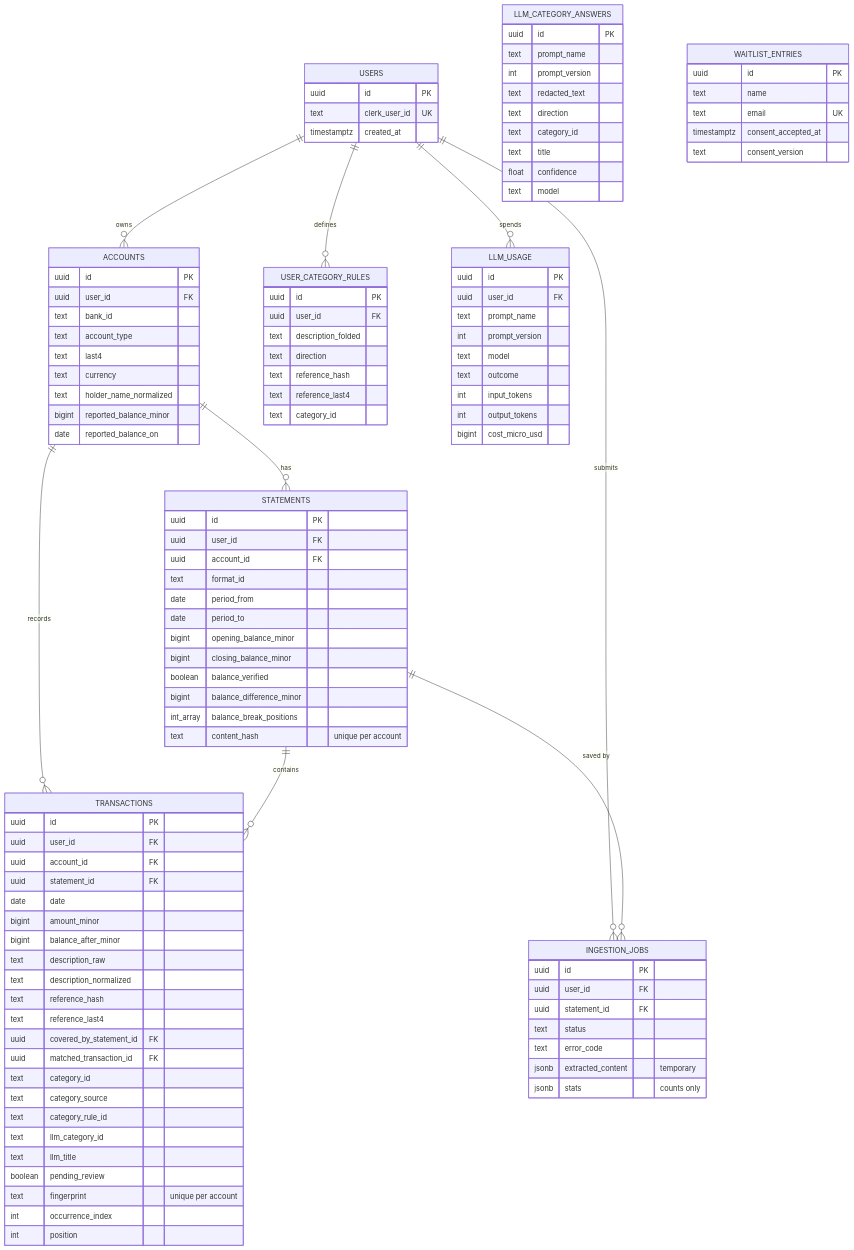
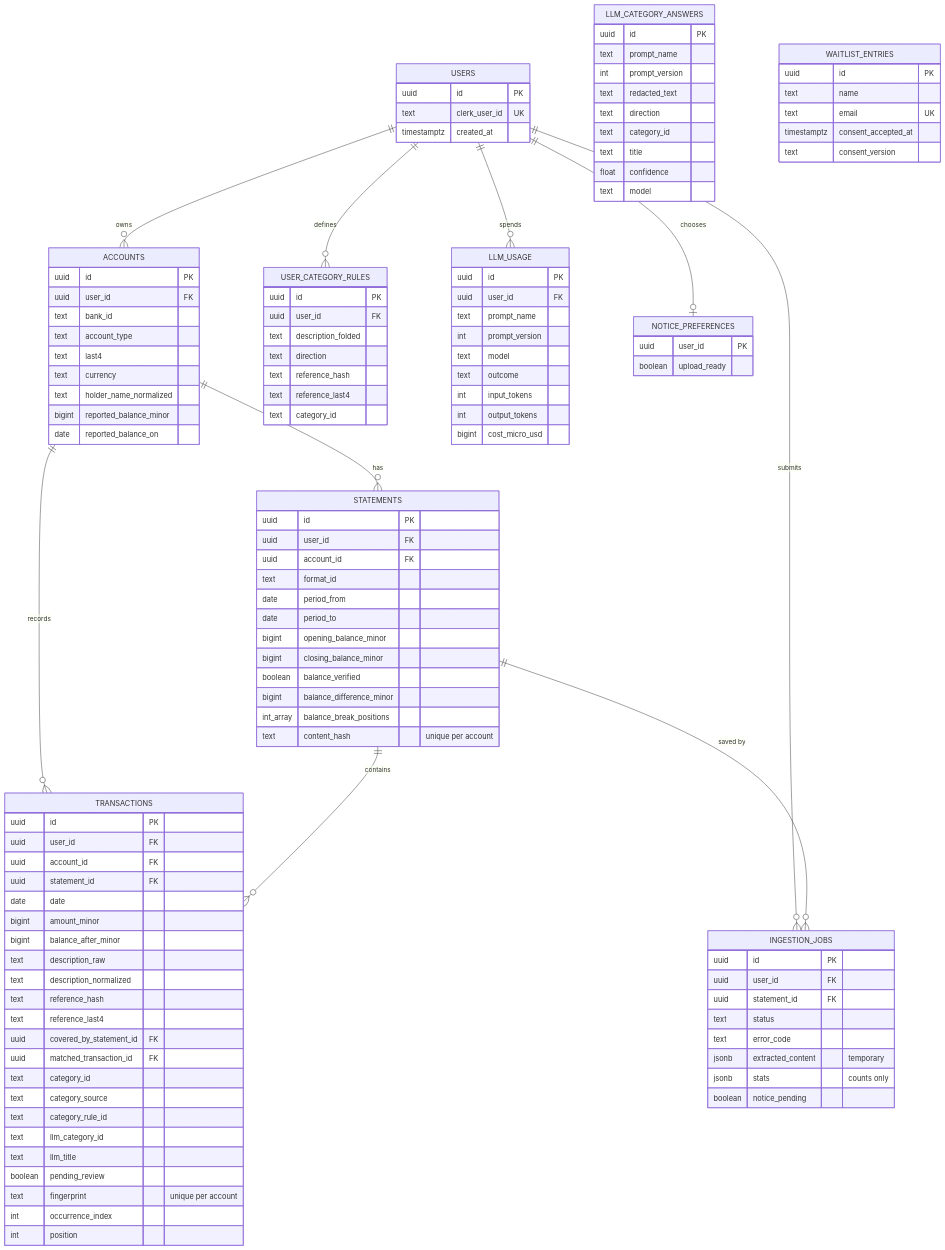
The third of 7 diagrams in docs/ARCHITECTURE.md (ingcarlostello/xtrakto), drawn with Mermaid before and after one commit. The commit also changed other lines of this file and 7 other files, not shown here.

```diff
--- a/docs/ARCHITECTURE.md
+++ b/docs/ARCHITECTURE.md
@@ -181,6 +188,7 @@
     USERS ||--o{ INGESTION_JOBS : submits
     USERS ||--o{ USER_CATEGORY_RULES : defines
     USERS ||--o{ LLM_USAGE : spends
+    USERS ||--o| NOTICE_PREFERENCES : chooses
     ACCOUNTS ||--o{ STATEMENTS : has
     ACCOUNTS ||--o{ TRANSACTIONS : records
     STATEMENTS ||--o{ TRANSACTIONS : contains
@@ -247,6 +255,11 @@
         text error_code
         jsonb extracted_content "temporary"
         jsonb stats "counts only"
+        boolean notice_pending
+    }
+    NOTICE_PREFERENCES {
+        uuid user_id PK
+        boolean upload_ready
     }
     USER_CATEGORY_RULES {
         uuid id PK
```
